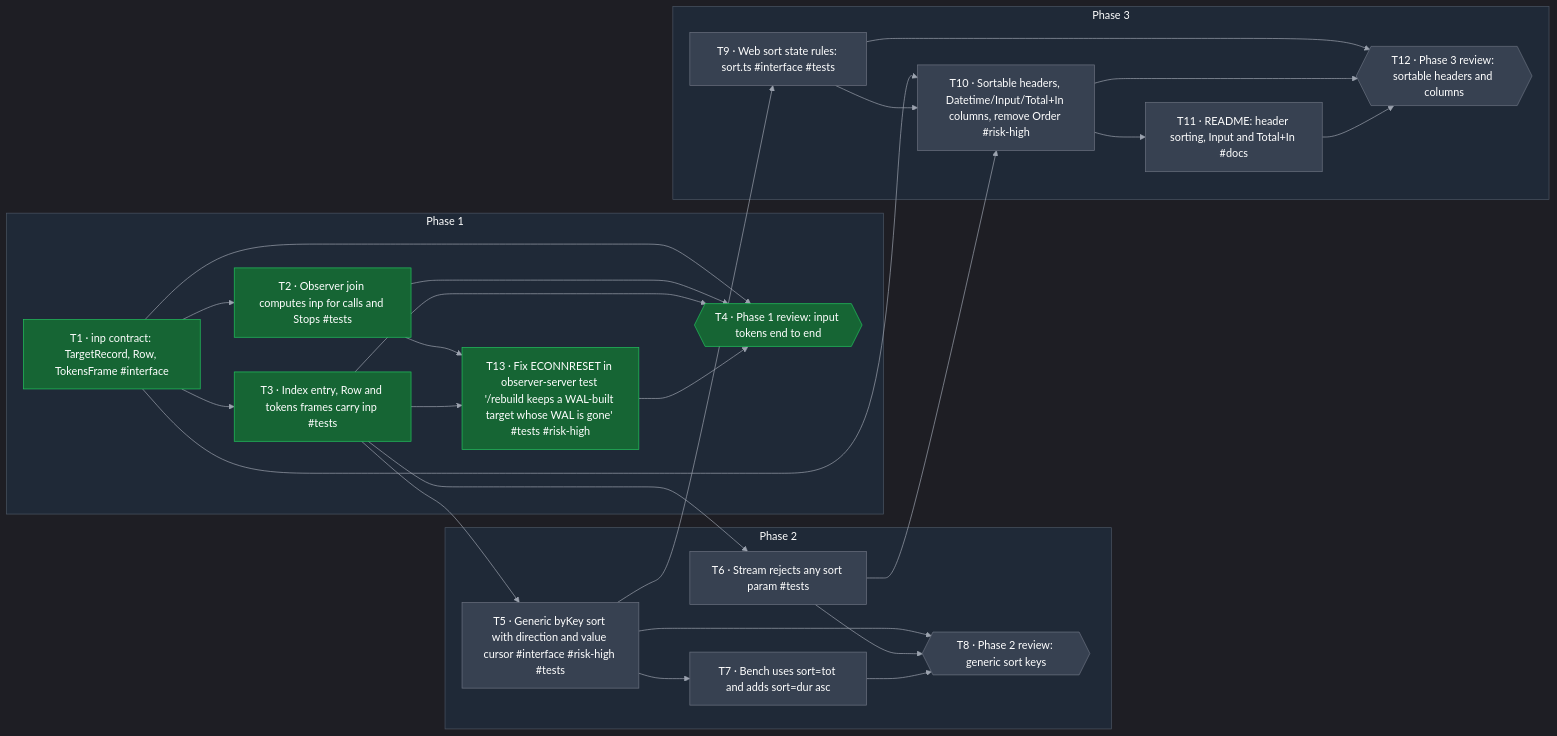
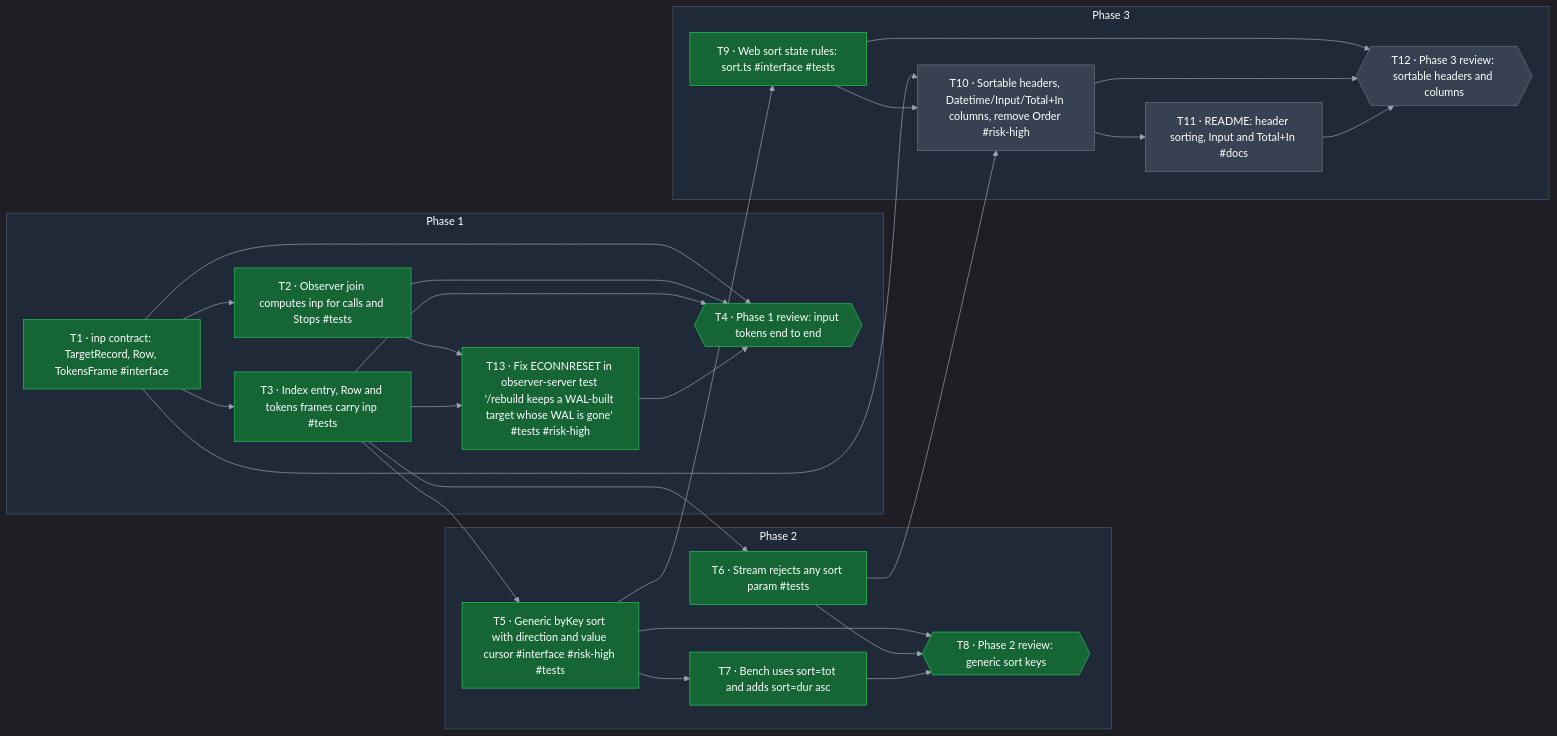
Before and after one commit to raqs31/claude-wal-session-viewer: the diagram in .ai/changes/wal-sort-capabilities/graph.mmd, drawn with Mermaid. The commit also changed 15 other files, not shown here.

```diff
--- a/.ai/changes/wal-sort-capabilities/graph.mmd
+++ b/.ai/changes/wal-sort-capabilities/graph.mmd
@@ -1,79 +1,79 @@
 %%{init: {
   'theme': 'dark',
   'themeVariables': {
     'textColor': '#f3f4f6',
     'primaryTextColor': '#f3f4f6',
     'secondaryTextColor': '#e5e7eb',
     'tertiaryTextColor': '#d1d5db',
     'mainBkg': '#111827',
     'nodeBorder': '#4b5563',
     'clusterBkg': '#1f2937',
     'clusterBorder': '#374151',
     'lineColor': '#9ca3af'
   }
 }}%%
 flowchart LR
   classDef todo fill:#374151,stroke:#6b7280,color:#ffffff
   classDef in_progress fill:#1e3a8a,stroke:#3b82f6,color:#ffffff
   classDef review fill:#5b21b6,stroke:#8b5cf6,color:#ffffff
   classDef blocked fill:#991b1b,stroke:#ef4444,color:#ffffff
   classDef user_review fill:#854d0e,stroke:#f59e0b,color:#ffffff
   classDef done fill:#166534,stroke:#22c55e,color:#ffffff
   classDef declined fill:#4b5563,stroke:#9ca3af,color:#ffffff
   subgraph phase_1["Phase 1"]
     T1["T1 · inp contract: TargetRecord, Row, TokensFrame #interface"]
     T2["T2 · Observer join computes inp for calls and Stops #tests"]
     T3["T3 · Index entry, Row and tokens frames carry inp #tests"]
     T4{{"T4 · Phase 1 review: input tokens end to end"}}
     T13["T13 · Fix ECONNRESET in observer-server test '/rebuild keeps a WAL-built target whose WAL is gone' #tests #risk-high"]
   end
   subgraph phase_2["Phase 2"]
     T5["T5 · Generic byKey sort with direction and value cursor #interface #risk-high #tests"]
     T6["T6 · Stream rejects any sort param #tests"]
     T7["T7 · Bench uses sort=tot and adds sort=dur asc"]
     T8{{"T8 · Phase 2 review: generic sort keys"}}
   end
   subgraph phase_3["Phase 3"]
     T9["T9 · Web sort state rules: sort.ts #interface #tests"]
     T10["T10 · Sortable headers, Datetime/Input/Total+In columns, remove Order #risk-high"]
     T11["T11 · README: header sorting, Input and Total+In #docs"]
     T12{{"T12 · Phase 3 review: sortable headers and columns"}}
   end
   T1 --> T2
   T1 --> T3
   T1 --> T4
   T1 --> T10
   T2 --> T4
   T2 --> T13
   T3 --> T4
   T3 --> T5
   T3 --> T6
   T3 --> T13
   T5 --> T7
   T5 --> T8
   T5 --> T9
   T6 --> T8
   T6 --> T10
   T7 --> T8
   T9 --> T10
   T9 --> T12
   T10 --> T11
   T10 --> T12
   T11 --> T12
   T13 --> T4
   class T1 done
   class T2 done
   class T3 done
   class T4 done
-  class T5 todo
-  class T6 todo
-  class T7 todo
-  class T8 todo
-  class T9 todo
+  class T5 done
+  class T6 done
+  class T7 done
+  class T8 done
+  class T9 done
   class T10 todo
   class T11 todo
   class T12 todo
   class T13 done
   style phase_1 color:#ffffff,fill:#1f2937,stroke:#4b5563
   style phase_2 color:#ffffff,fill:#1f2937,stroke:#4b5563
   style phase_3 color:#ffffff,fill:#1f2937,stroke:#4b5563
```
